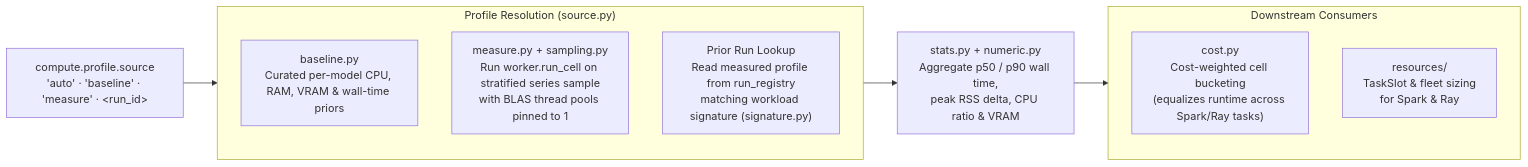
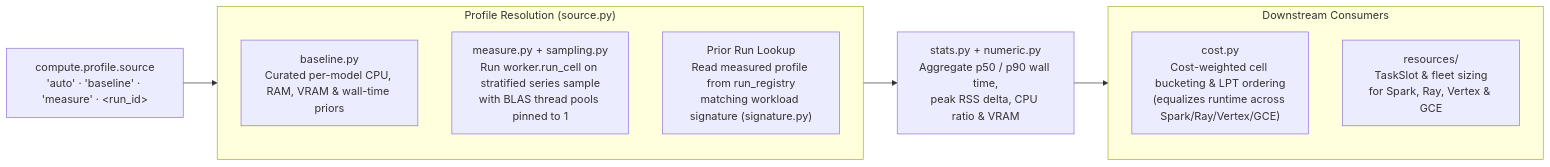
One commit to statmike/scale-forecasting changed the diagram in src/scale_forecasting/profiling/README.md. Above: the diagram before and after it, drawn with Mermaid. The commit also changed 69 other files, not shown here.

First line of the commit message:
feat(compute): add vertex and gce runtimes, unified compute params, GPU-VM catalog, and AGENTS.md

````diff
--- a/src/scale_forecasting/profiling/README.md
+++ b/src/scale_forecasting/profiling/README.md
@@ -7,19 +7,19 @@
 ```mermaid
 flowchart LR
     mode["compute.profile.source<br/>'auto' · 'baseline' · 'measure' · &lt;run_id&gt;"]
 
     subgraph sources["Profile Resolution (source.py)"]
         base["baseline.py<br/>Curated per-model CPU, RAM, VRAM & wall-time priors"]
         meas["measure.py + sampling.py<br/>Run worker.run_cell on stratified series sample<br/>with BLAS thread pools pinned to 1"]
         prior["Prior Run Lookup<br/>Read measured profile from run_registry<br/>matching workload signature (signature.py)"]
     end
 
     stats["stats.py + numeric.py<br/>Aggregate p50 / p90 wall time,<br/>peak RSS delta, CPU ratio & VRAM"]
 
     subgraph consumers["Downstream Consumers"]
-        cost["cost.py<br/>Cost-weighted cell bucketing<br/>(equalizes runtime across Spark/Ray tasks)"]
-        res["resources/<br/>TaskSlot & fleet sizing<br/>for Spark & Ray"]
+        cost["cost.py<br/>Cost-weighted cell bucketing & LPT ordering<br/>(equalizes runtime across Spark/Ray/Vertex/GCE)"]
+        res["resources/<br/>TaskSlot & fleet sizing<br/>for Spark, Ray, Vertex & GCE"]
     end
 
     mode --> sources --> stats --> consumers
 ```
````
